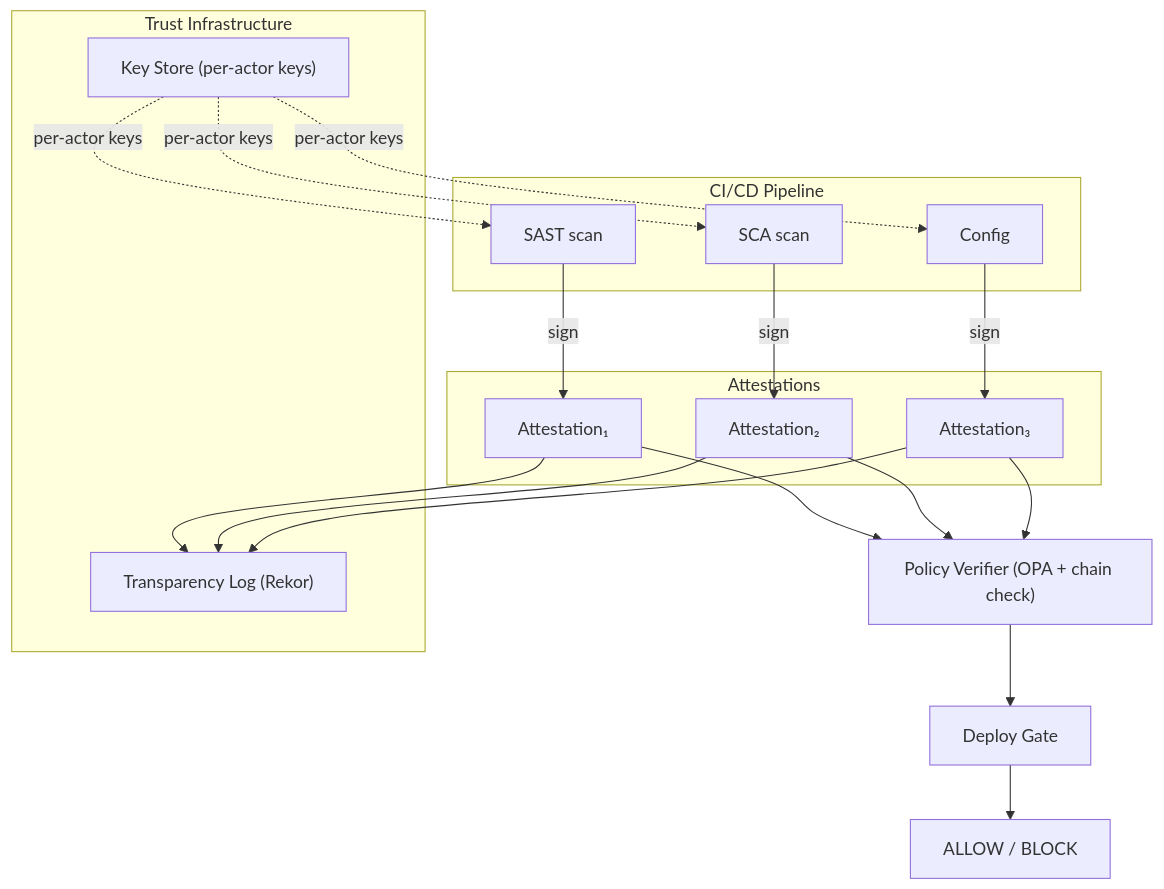
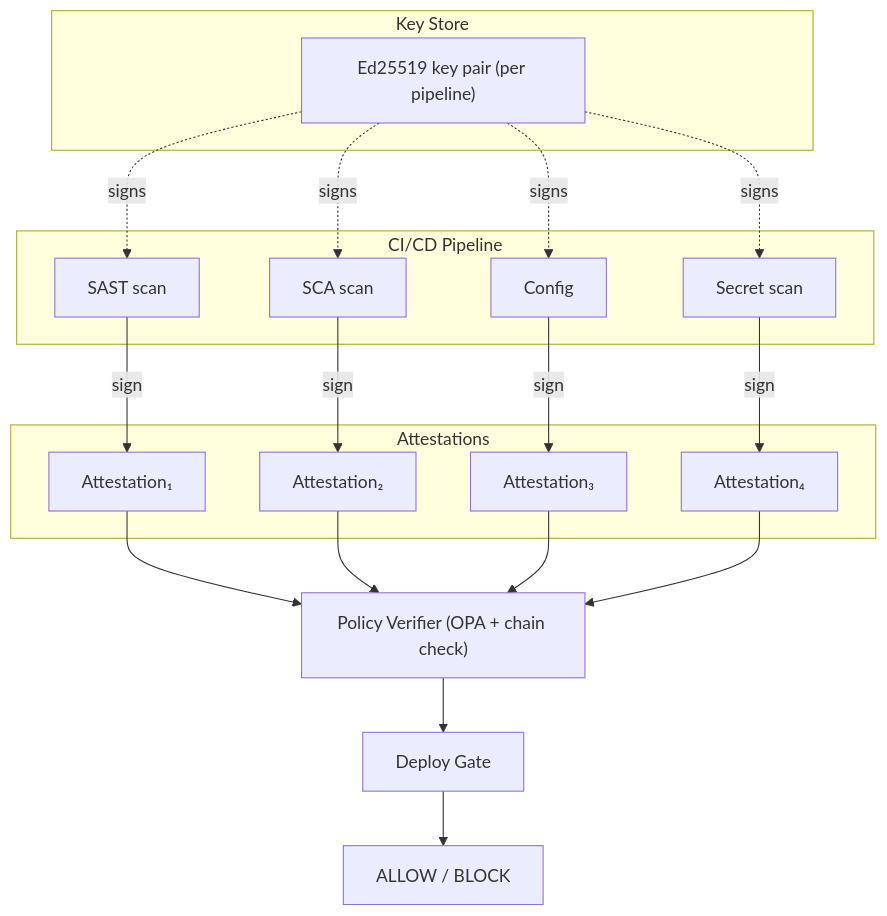
The diagram in docs/architecture.md (MemerGamer/devsecops-attestation), drawn with Mermaid before and after one commit. The commit also changed other lines of this file and 8 other files, not shown here.

````diff
--- a/docs/architecture.md
+++ b/docs/architecture.md
@@ -5,37 +7,37 @@
 ```mermaid
 flowchart TB
     subgraph CI["CI/CD Pipeline"]
         SAST["SAST scan"]
         SCA["SCA scan"]
         CFG["Config"]
+        SEC["Secret scan"]
     end
 
     subgraph AT["Attestations"]
         A1["Attestation₁"]
         A2["Attestation₂"]
         A3["Attestation₃"]
+        A4["Attestation₄"]
     end
 
-    subgraph TR["Trust Infrastructure"]
-        Rekor["Transparency Log (Rekor)"]
-        KS["Key Store (per-actor keys)"]
+    subgraph KS["Key Store"]
+        K["Ed25519 key pair (per pipeline)"]
     end
 
     SAST -->|sign| A1
     SCA -->|sign| A2
     CFG -->|sign| A3
+    SEC -->|sign| A4
 
-    KS -.->|per-actor keys| SAST
-    KS -.->|per-actor keys| SCA
-    KS -.->|per-actor keys| CFG
-
-    A1 --> Rekor
-    A2 --> Rekor
-    A3 --> Rekor
+    K -.->|signs| SAST
+    K -.->|signs| SCA
+    K -.->|signs| CFG
+    K -.->|signs| SEC
 
     A1 --> PV["Policy Verifier (OPA + chain check)"]
     A2 --> PV
     A3 --> PV
+    A4 --> PV
     PV --> DG["Deploy Gate"]
     DG --> OUT["ALLOW / BLOCK"]
 ```
````
